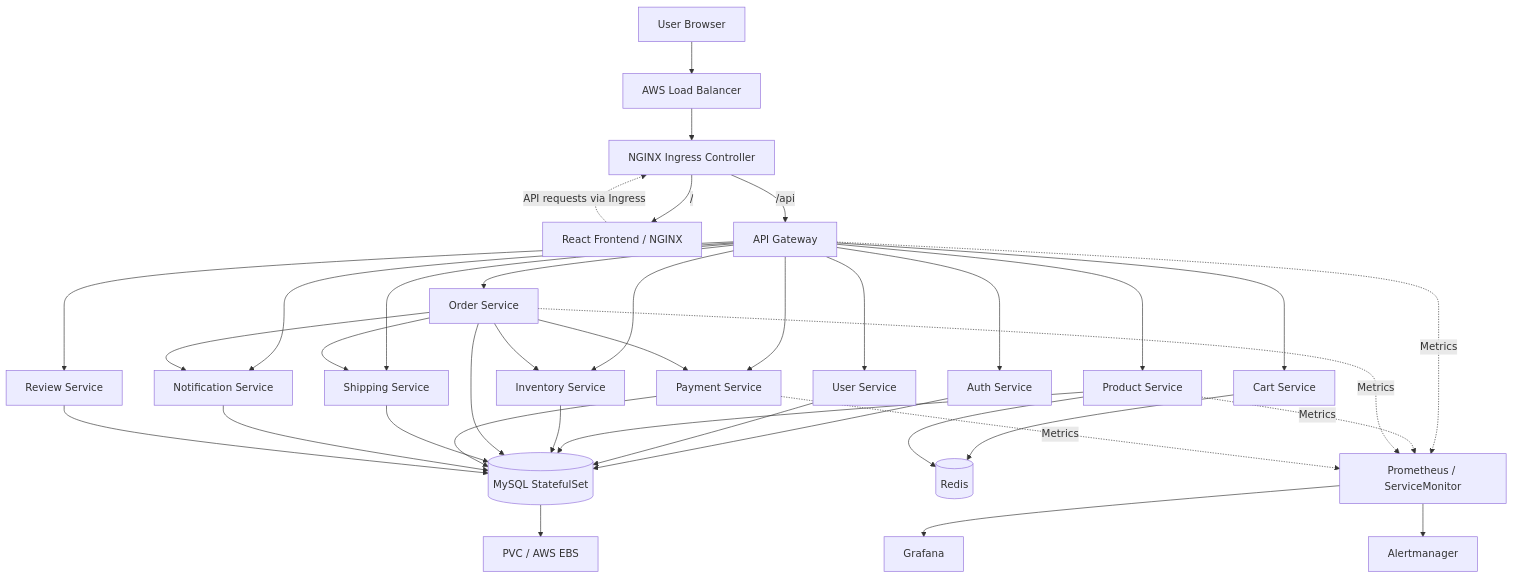
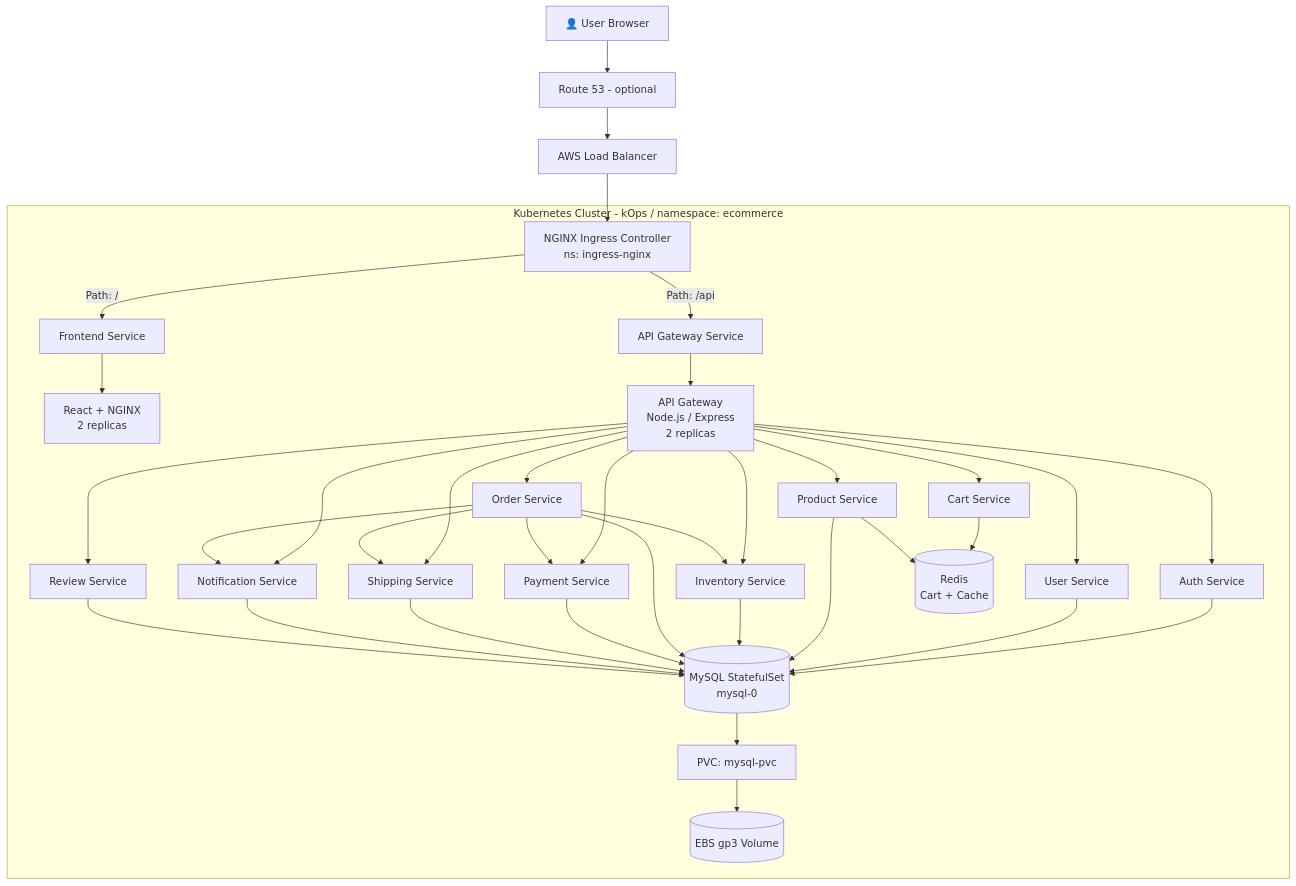
One commit to vikasjagtap9696/cloudcart-ecommerce-microservices changed the first of 3 diagrams in README.md. Above: the diagram before and after it, drawn with Mermaid. The commit also changed other lines of this file, not shown here.

````diff
--- a/README.md
+++ b/README.md
@@ -13,25 +52,44 @@
 ```mermaid
 flowchart TD
-    U[User Browser] --> LB[AWS Load Balancer]
-    LB --> I[NGINX Ingress Controller]
-    I -->|/| F[React Frontend / NGINX]
-    I -->|/api| G[API Gateway]
-    F -. API requests via Ingress .-> I
-    G --> A[Auth Service]
-    G --> US[User Service]
-    G --> P[Product Service]
-    G --> IV[Inventory Service]
-    G --> C[Cart Service]
-    G --> O[Order Service]
-    G --> PA[Payment Service]
-    G --> S[Shipping Service]
-    G --> N[Notification Service]
-    G --> R[Review Service]
-    A & US & P & IV & O & PA & S & N & R --> DB[(MySQL StatefulSet)]
-    DB --> PVC[PVC / AWS EBS]
-    C & P --> RC[(Redis)]
-    O --> IV & PA & S & N
-    G & P & O & PA -. Metrics .-> PR[Prometheus / ServiceMonitor]
-    PR --> GF[Grafana]
-    PR --> AL[Alertmanager]
+    U[👤 User Browser] --> R53[Route 53 - optional]
+    R53 --> ELB[AWS Load Balancer]
+    ELB --> ING[NGINX Ingress Controller<br/>ns: ingress-nginx]
+ 
+    subgraph K8S[Kubernetes Cluster - kOps / namespace: ecommerce]
+        ING -- "Path: /" --> FES[Frontend Service]
+        ING -- "Path: /api" --> GWS[API Gateway Service]
+        FES --> FE[React + NGINX<br/>2 replicas]
+        GWS --> GW[API Gateway<br/>Node.js / Express<br/>2 replicas]
+ 
+        GW --> AUTH[Auth Service]
+        GW --> USER[User Service]
+        GW --> PROD[Product Service]
+        GW --> INV[Inventory Service]
+        GW --> CART[Cart Service]
+        GW --> ORD[Order Service]
+        GW --> PAY[Payment Service]
+        GW --> SHIP[Shipping Service]
+        GW --> NOTI[Notification Service]
+        GW --> REV[Review Service]
+ 
+        ORD --> INV
+        ORD --> PAY
+        ORD --> SHIP
+        ORD --> NOTI
+ 
+        CART --> REDIS[(Redis<br/>Cart + Cache)]
+        PROD --> REDIS
+ 
+        AUTH --> MYSQL[(MySQL StatefulSet<br/>mysql-0)]
+        USER --> MYSQL
+        PROD --> MYSQL
+        INV --> MYSQL
+        ORD --> MYSQL
+        PAY --> MYSQL
+        SHIP --> MYSQL
+        NOTI --> MYSQL
+        REV --> MYSQL
+ 
+        MYSQL --> PVC[PVC: mysql-pvc] --> EBS[(EBS gp3 Volume)]
+    end
 ```
````
